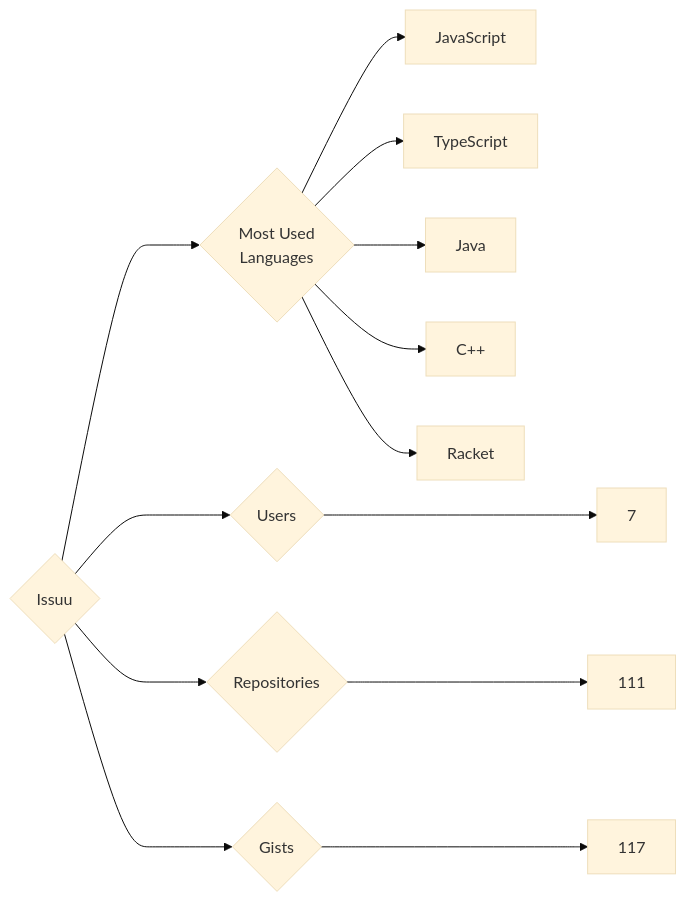
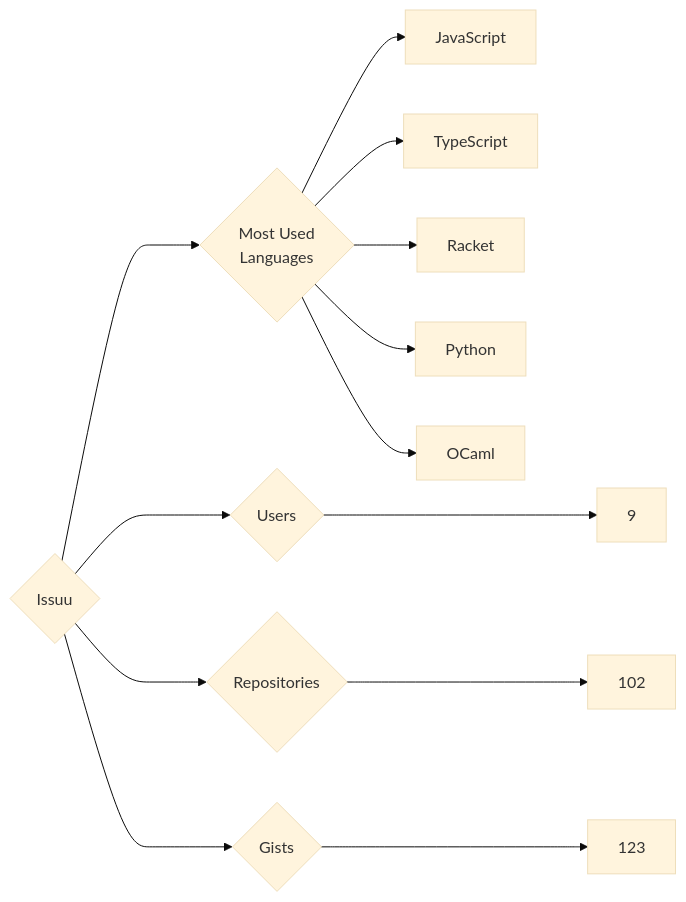
One commit to trickest/insiders changed the diagram in targets/Issuu/README.md. Above: the diagram before and after it, drawn with Mermaid (base theme). The commit also changed 951 other files, not shown here.

````diff
--- a/targets/Issuu/README.md
+++ b/targets/Issuu/README.md
@@ -3,13 +3,13 @@
 ```mermaid
 graph LR
 COMPANY_NAME{Issuu}
-COMPANY_NAME ---> U{Users} ---> UN[7]
-COMPANY_NAME ---> R{Repositories} ---> RN[111]
-COMPANY_NAME ---> G{Gists} ---> GN[117]
+COMPANY_NAME ---> U{Users} ---> UN[9]
+COMPANY_NAME ---> R{Repositories} ---> RN[102]
+COMPANY_NAME ---> G{Gists} ---> GN[123]
 COMPANY_NAME ---> ML{Most Used<br>Languages}
-ML --> JavaScript
-ML --> TypeScript
-ML --> Java
-ML --> C++
-ML --> Racket
+ML --> JavaScript[JavaScript]
+ML --> TypeScript[TypeScript]
+ML --> Racket[Racket]
+ML --> Python[Python]
+ML --> OCaml[OCaml]
 ```
````
